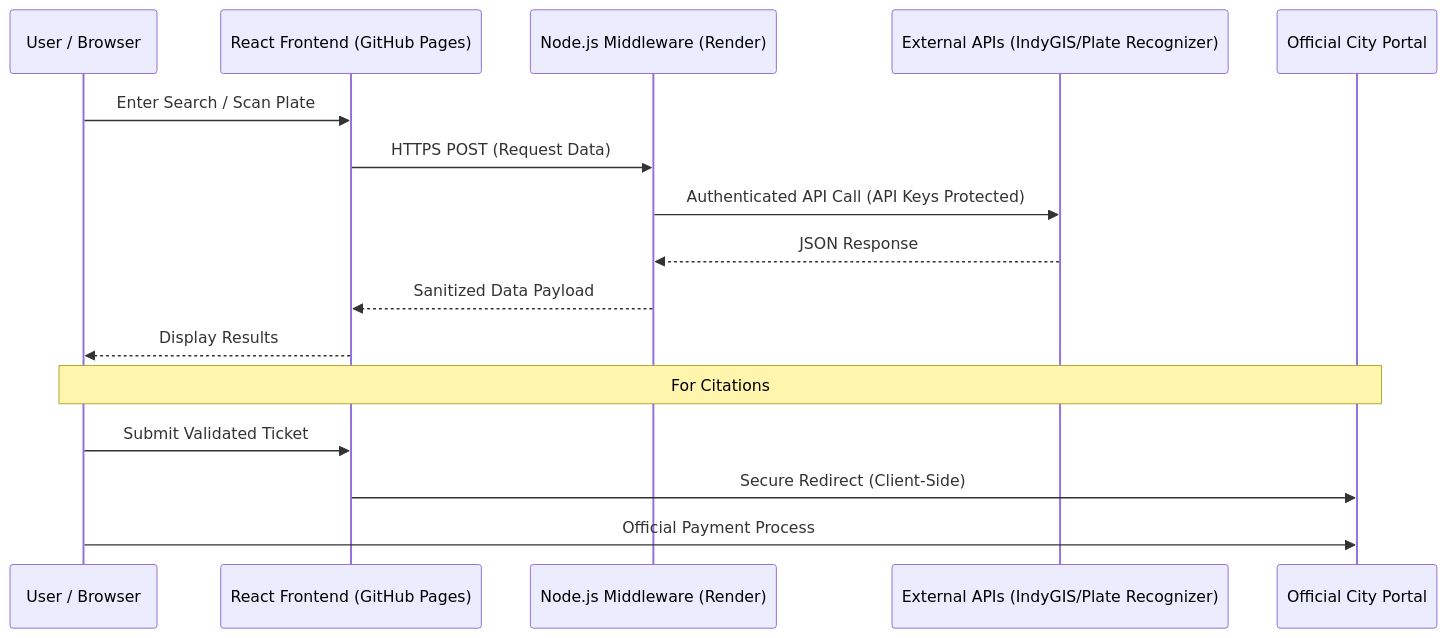
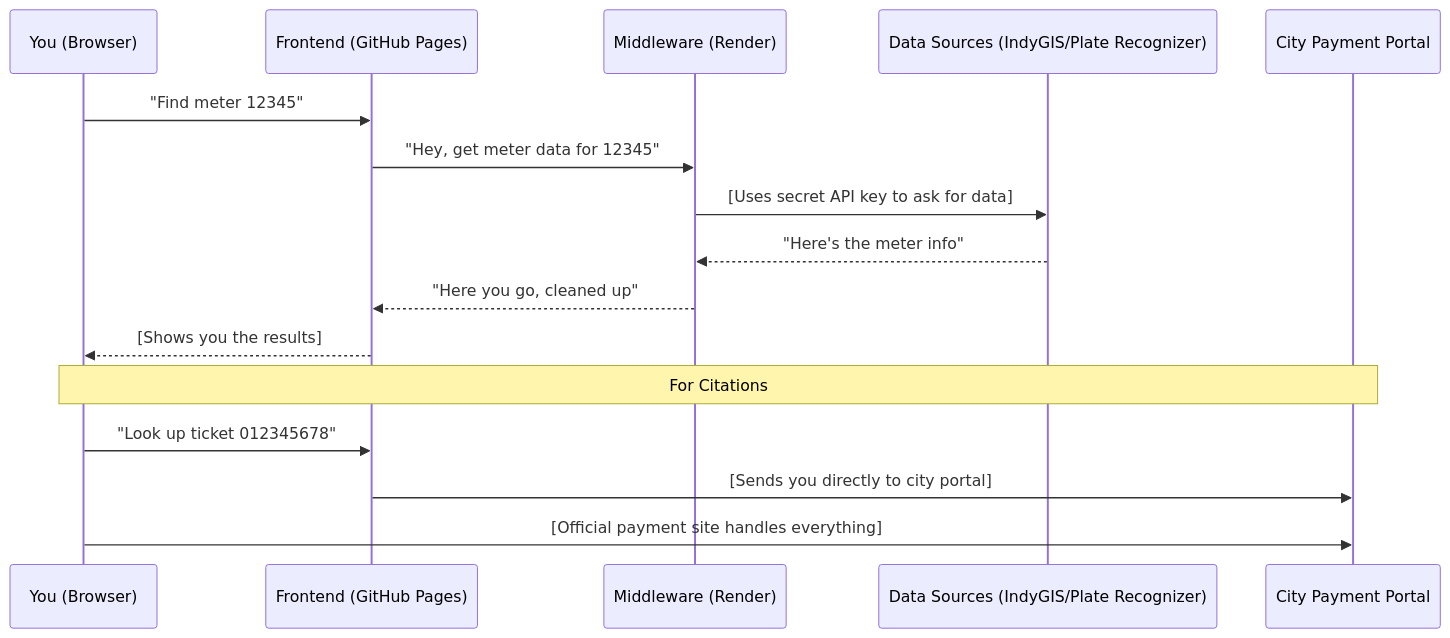
One commit to dugann/indy-locator-web changed the diagram in README.md. Above: the diagram before and after it, drawn with Mermaid. The commit also changed other lines of this file, not shown here.

````diff
--- a/README.md
+++ b/README.md
@@ -32,20 +34,20 @@
 ```mermaid
 sequenceDiagram
-    participant U as User / Browser
-    participant F as React Frontend (GitHub Pages)
-    participant B as Node.js Middleware (Render)
-    participant E as External APIs (IndyGIS/Plate Recognizer)
-    participant P as Official City Portal
+    participant U as You (Browser)
+    participant F as Frontend (GitHub Pages)
+    participant B as Middleware (Render)
+    participant E as Data Sources (IndyGIS/Plate Recognizer)
+    participant P as City Payment Portal
 
-    U->>F: Enter Search / Scan Plate
-    F->>B: HTTPS POST (Request Data)
-    B->>E: Authenticated API Call (API Keys Protected)
-    E-->>B: JSON Response
-    B-->>F: Sanitized Data Payload
-    F-->>U: Display Results
+    U->>F: "Find meter 12345"
+    F->>B: "Hey, get meter data for 12345"
+    B->>E: [Uses secret API key to ask for data]
+    E-->>B: "Here's the meter info"
+    B-->>F: "Here you go, cleaned up"
+    F-->>U: [Shows you the results]
     
     Note over U,P: For Citations
-    U->>F: Submit Validated Ticket
-    F->>P: Secure Redirect (Client-Side)
-    U->>P: Official Payment Process
+    U->>F: "Look up ticket 012345678"
+    F->>P: [Sends you directly to city portal]
+    U->>P: [Official payment site handles everything]
 ```
````
